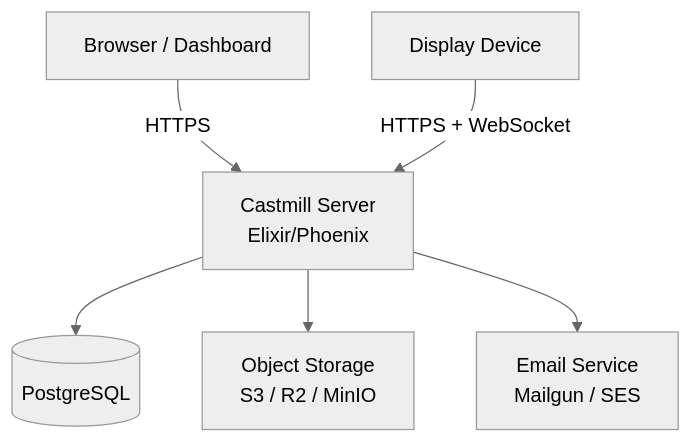
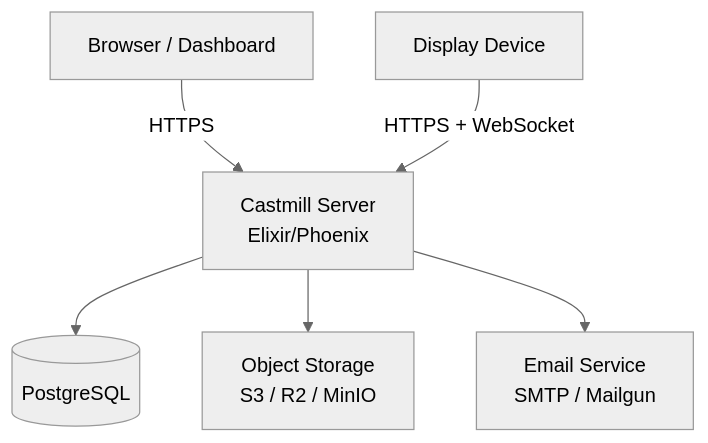
One commit to castmill/castmill changed the diagram in packages/website/docs/getting-started/self-hosting.md. Above: the diagram before and after it, drawn with Mermaid (neutral theme). The commit also changed other lines of this file and 2 other files, not shown here.

First line of the commit message:
docs: fix SMTP support - add gen_smtp dep, SMTP runtime config, and correct env var names

````diff
--- a/packages/website/docs/getting-started/self-hosting.md
+++ b/packages/website/docs/getting-started/self-hosting.md
@@ -13,8 +13,8 @@
 ```mermaid
 graph TD
     Browser[Browser / Dashboard] -->|HTTPS| Server[Castmill Server<br/>Elixir/Phoenix]
     Device[Display Device] -->|HTTPS + WebSocket| Server
     Server --> DB[(PostgreSQL)]
     Server --> S3[Object Storage<br/>S3 / R2 / MinIO]
-    Server --> SMTP[Email Service<br/>Mailgun / SES]
+    Server --> SMTP[Email Service<br/>SMTP / Mailgun]
 ```
````
